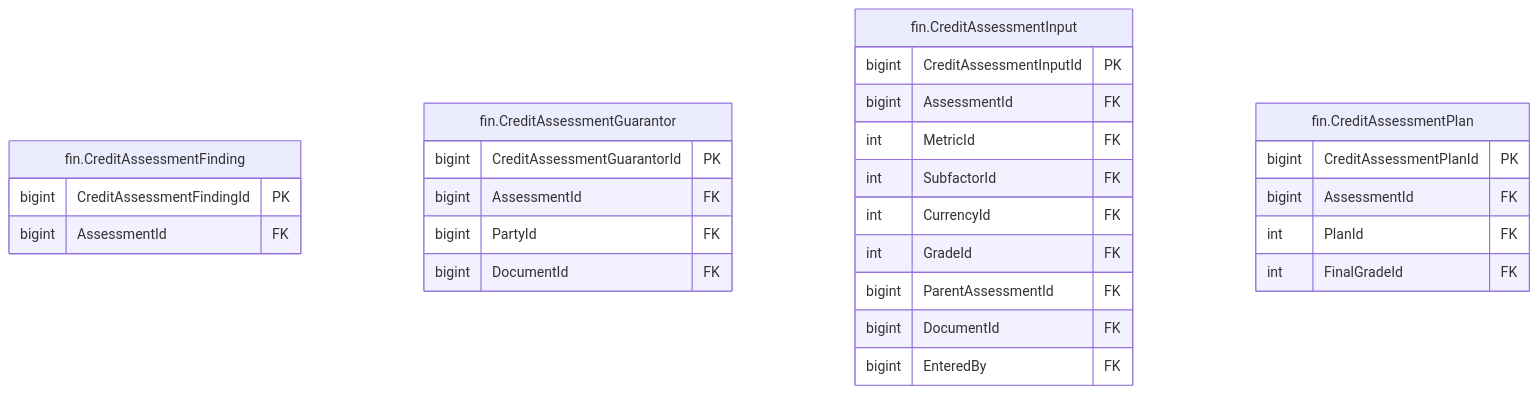
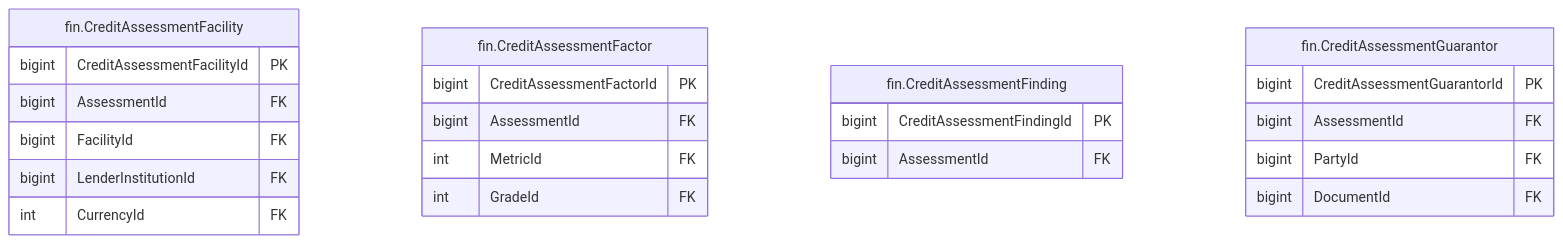
Before and after one commit to thawrasy/smartlines: the diagram in treasury-platform/docs/diagrams/erd/m5_financials_3.mmd, drawn with Mermaid. The commit also changed 163 other files, not shown here.

```diff
--- a/treasury-platform/docs/diagrams/erd/m5_financials_3.mmd
+++ b/treasury-platform/docs/diagrams/erd/m5_financials_3.mmd
@@ -1,29 +1,25 @@
-%% م5 · البيانات المالية والأرصدة (3/11) — Financial statements & balances
+%% م5 · البيانات المالية والأرصدة (3/13) — Financial statements & balances
 erDiagram
+  fin_CreditAssessmentFacility["fin.CreditAssessmentFacility"] {
+    bigint CreditAssessmentFacilityId PK
+    bigint AssessmentId FK
+    bigint FacilityId FK
+    bigint LenderInstitutionId FK
+    int CurrencyId FK
+  }
+  fin_CreditAssessmentFactor["fin.CreditAssessmentFactor"] {
+    bigint CreditAssessmentFactorId PK
+    bigint AssessmentId FK
+    int MetricId FK
+    int GradeId FK
+  }
   fin_CreditAssessmentFinding["fin.CreditAssessmentFinding"] {
     bigint CreditAssessmentFindingId PK
     bigint AssessmentId FK
   }
   fin_CreditAssessmentGuarantor["fin.CreditAssessmentGuarantor"] {
     bigint CreditAssessmentGuarantorId PK
     bigint AssessmentId FK
     bigint PartyId FK
     bigint DocumentId FK
   }
-  fin_CreditAssessmentInput["fin.CreditAssessmentInput"] {
-    bigint CreditAssessmentInputId PK
-    bigint AssessmentId FK
-    int MetricId FK
-    int SubfactorId FK
-    int CurrencyId FK
-    int GradeId FK
-    bigint ParentAssessmentId FK
-    bigint DocumentId FK
-    bigint EnteredBy FK
-  }
-  fin_CreditAssessmentPlan["fin.CreditAssessmentPlan"] {
-    bigint CreditAssessmentPlanId PK
-    bigint AssessmentId FK
-    int PlanId FK
-    int FinalGradeId FK
-  }
```
